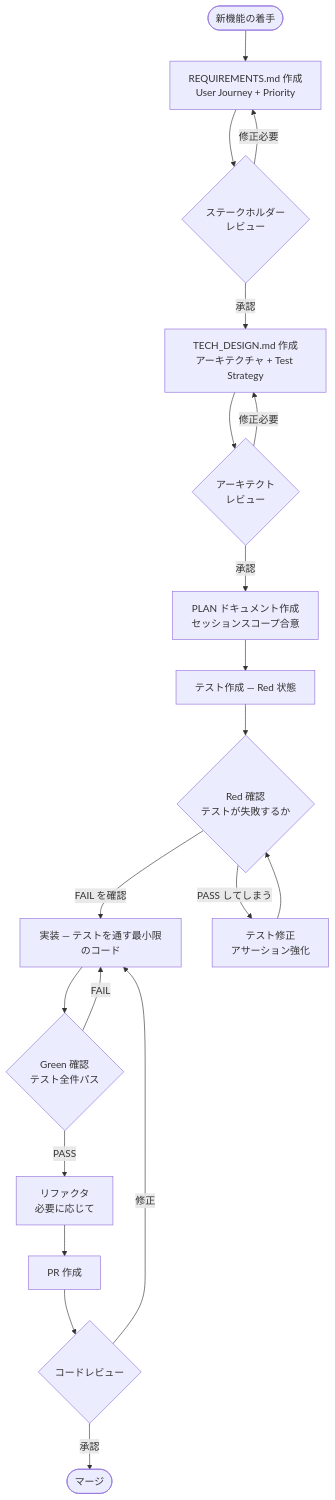
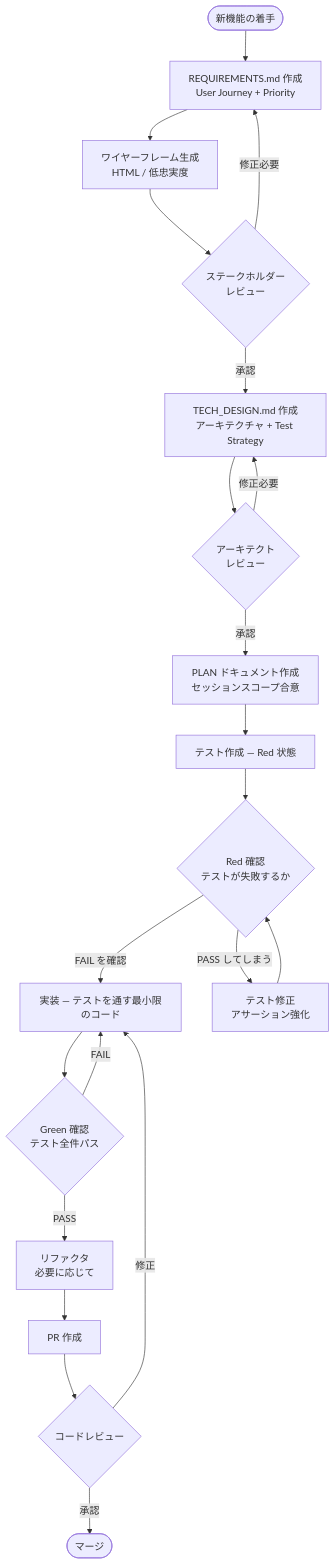
One commit to careerchain-ys/stdd changed the first of 6 diagrams in packages/core/docs/workflow-diagram.md. Above: the diagram before and after it, drawn with Mermaid. The commit also changed other lines of this file and 17 other files, not shown here.

````diff
--- a/packages/core/docs/workflow-diagram.md
+++ b/packages/core/docs/workflow-diagram.md
@@ -10,37 +10,39 @@
 ```mermaid
 flowchart TD
     Start([新機能の着手])
     Req[REQUIREMENTS.md 作成<br/>User Journey + Priority]
+    WF[ワイヤーフレーム生成<br/>HTML / 低忠実度]
     StakeholderReview{ステークホルダー<br/>レビュー}
     Tech[TECH_DESIGN.md 作成<br/>アーキテクチャ + Test Strategy]
     ArchReview{アーキテクト<br/>レビュー}
     Plan[PLAN ドキュメント作成<br/>セッションスコープ合意]
     Red[テスト作成 — Red 状態]
     RedCheck{Red 確認<br/>テストが失敗するか}
     Green[実装 — テストを通す最小限のコード]
     GreenCheck{Green 確認<br/>テスト全件パス}
     Refactor["リファクタ<br/>必要に応じて"]
     PR[PR 作成]
     CodeReview{コードレビュー}
     Merge([マージ])
 
     Start --> Req
-    Req --> StakeholderReview
+    Req --> WF
+    WF --> StakeholderReview
     StakeholderReview -- 修正必要 --> Req
     StakeholderReview -- 承認 --> Tech
     Tech --> ArchReview
     ArchReview -- 修正必要 --> Tech
     ArchReview -- 承認 --> Plan
     Plan --> Red
     Red --> RedCheck
     RedCheck -- PASS してしまう --> RedFix[テスト修正<br/>アサーション強化]
     RedFix --> RedCheck
     RedCheck -- FAIL を確認 --> Green
     Green --> GreenCheck
     GreenCheck -- FAIL --> Green
     GreenCheck -- PASS --> Refactor
     Refactor --> PR
     PR --> CodeReview
     CodeReview -- 修正 --> Green
     CodeReview -- 承認 --> Merge
 ```
````
